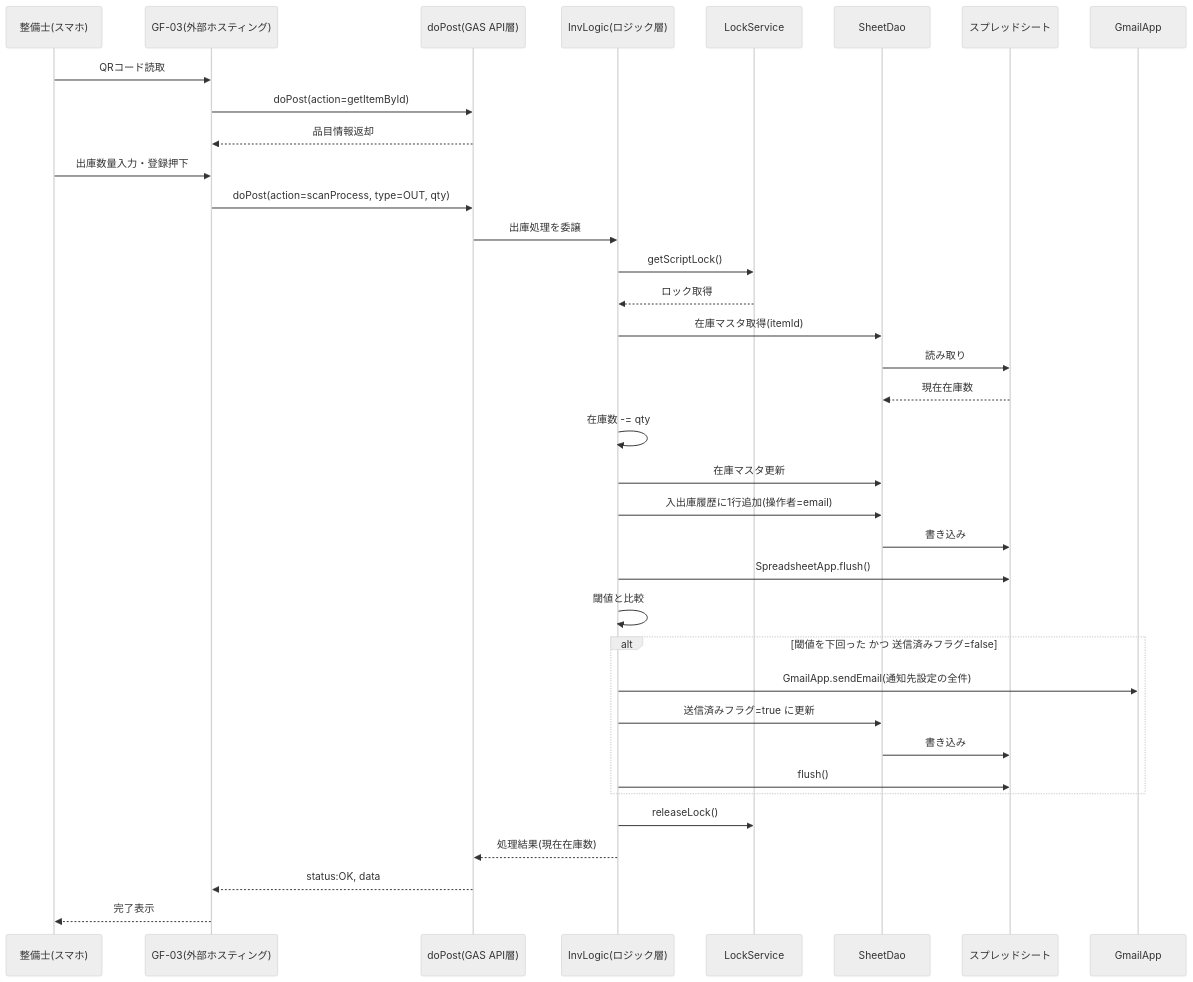
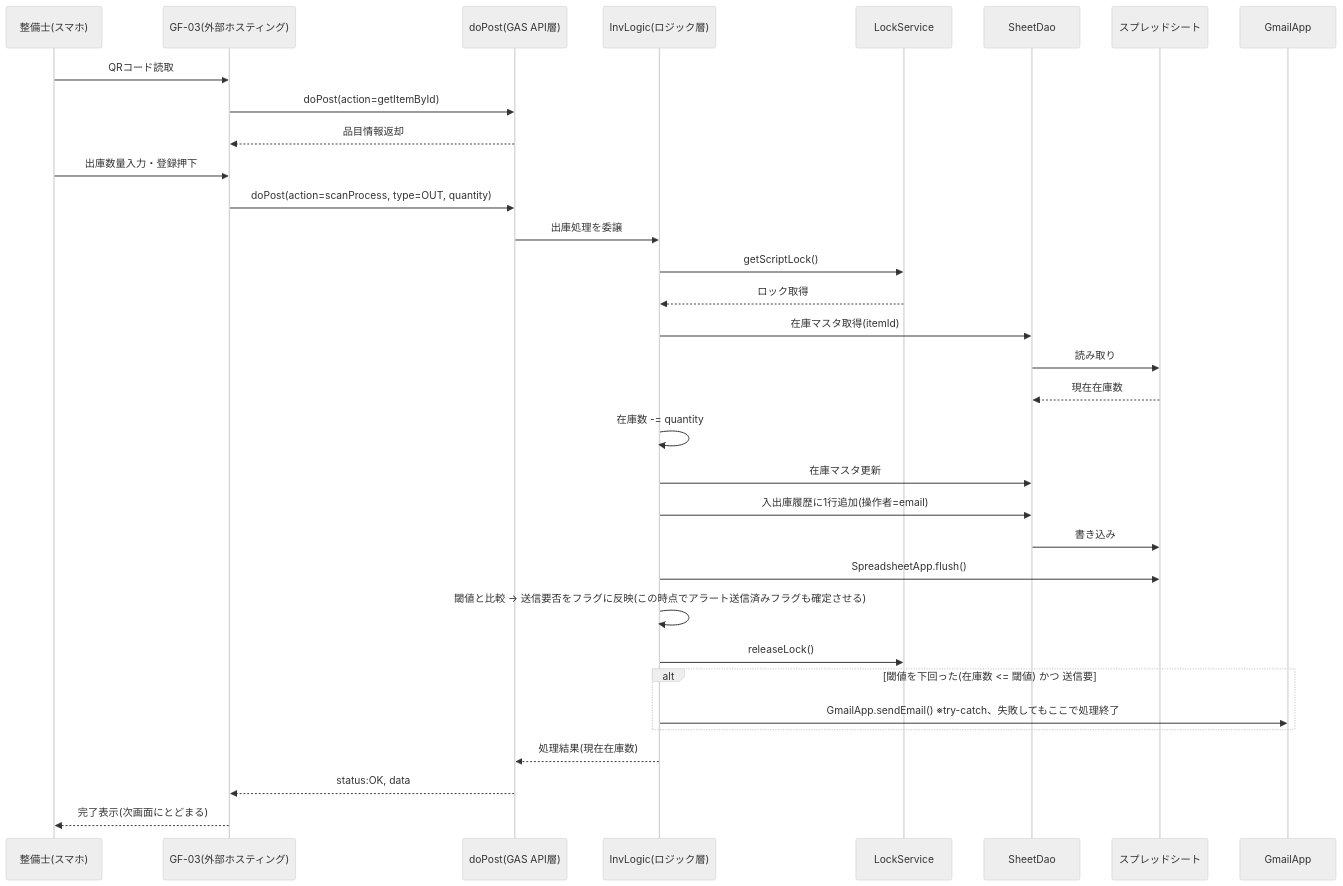
The second of 2 diagrams in docs/architecture/sequence.md (shinichi-yoshida-16/inventory_system), drawn with Mermaid (neutral theme) before and after one commit. The commit also changed other lines of this file and 4 other files, not shown here.

````diff
--- a/docs/architecture/sequence.md
+++ b/docs/architecture/sequence.md
@@ -54,39 +53,36 @@
 ```mermaid
 sequenceDiagram
     participant U as 整備士(スマホ)
     participant GF03 as GF-03(外部ホスティング)
     participant API as doPost(GAS API層)
     participant Logic as InvLogic(ロジック層)
     participant Lock as LockService
     participant DAO as SheetDao
     participant SS as スプレッドシート
     participant Mail as GmailApp
 
     U->>GF03: QRコード読取
     GF03->>API: doPost(action=getItemById)
     API-->>GF03: 品目情報返却
     U->>GF03: 出庫数量入力・登録押下
-    GF03->>API: doPost(action=scanProcess, type=OUT, qty)
+    GF03->>API: doPost(action=scanProcess, type=OUT, quantity)
     API->>Logic: 出庫処理を委譲
     Logic->>Lock: getScriptLock()
     Lock-->>Logic: ロック取得
     Logic->>DAO: 在庫マスタ取得(itemId)
     DAO->>SS: 読み取り
     SS-->>DAO: 現在在庫数
-    Logic->>Logic: 在庫数 -= qty
+    Logic->>Logic: 在庫数 -= quantity
     Logic->>DAO: 在庫マスタ更新
     Logic->>DAO: 入出庫履歴に1行追加(操作者=email)
     DAO->>SS: 書き込み
     Logic->>SS: SpreadsheetApp.flush()
-    Logic->>Logic: 閾値と比較
-    alt 閾値を下回った かつ 送信済みフラグ=false
-        Logic->>Mail: GmailApp.sendEmail(通知先設定の全件)
-        Logic->>DAO: 送信済みフラグ=true に更新
-        DAO->>SS: 書き込み
-        Logic->>SS: flush()
-    end
+    Logic->>Logic: 閾値と比較 → 送信要否をフラグに反映(この時点でアラート送信済みフラグも確定させる)
     Logic->>Lock: releaseLock()
+    alt 閾値を下回った(在庫数 <= 閾値) かつ 送信要
+        Logic->>Mail: GmailApp.sendEmail() ※try-catch、失敗してもここで処理終了
+    end    
     Logic-->>API: 処理結果(現在在庫数)
     API-->>GF03: status:OK, data
-    GF03-->>U: 完了表示
+    GF03-->>U: 完了表示(次画面にとどまる)
 ```
````
